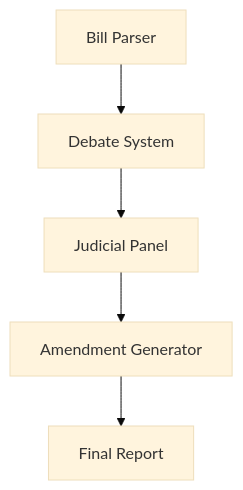
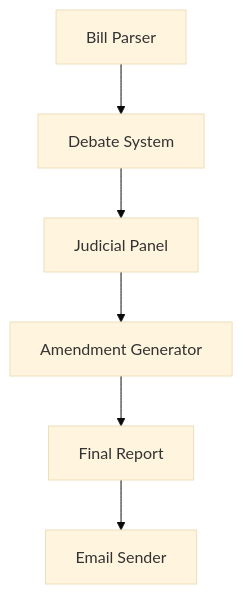
One commit to AtharvaRai07/AUTOGEN-POLICY-FORGER changed the diagram in DOCUMENTATION.md. Above: the diagram before and after it, drawn with Mermaid (base theme).

````diff
--- a/DOCUMENTATION.md
+++ b/DOCUMENTATION.md
@@ -37,7 +37,8 @@
 ```mermaid
 graph TD
     A[Bill Parser] --> B[Debate System]
     B --> C[Judicial Panel]
     C --> D[Amendment Generator]
     D --> E[Final Report]
+    E --> F[Email Sender]
 ```
````
